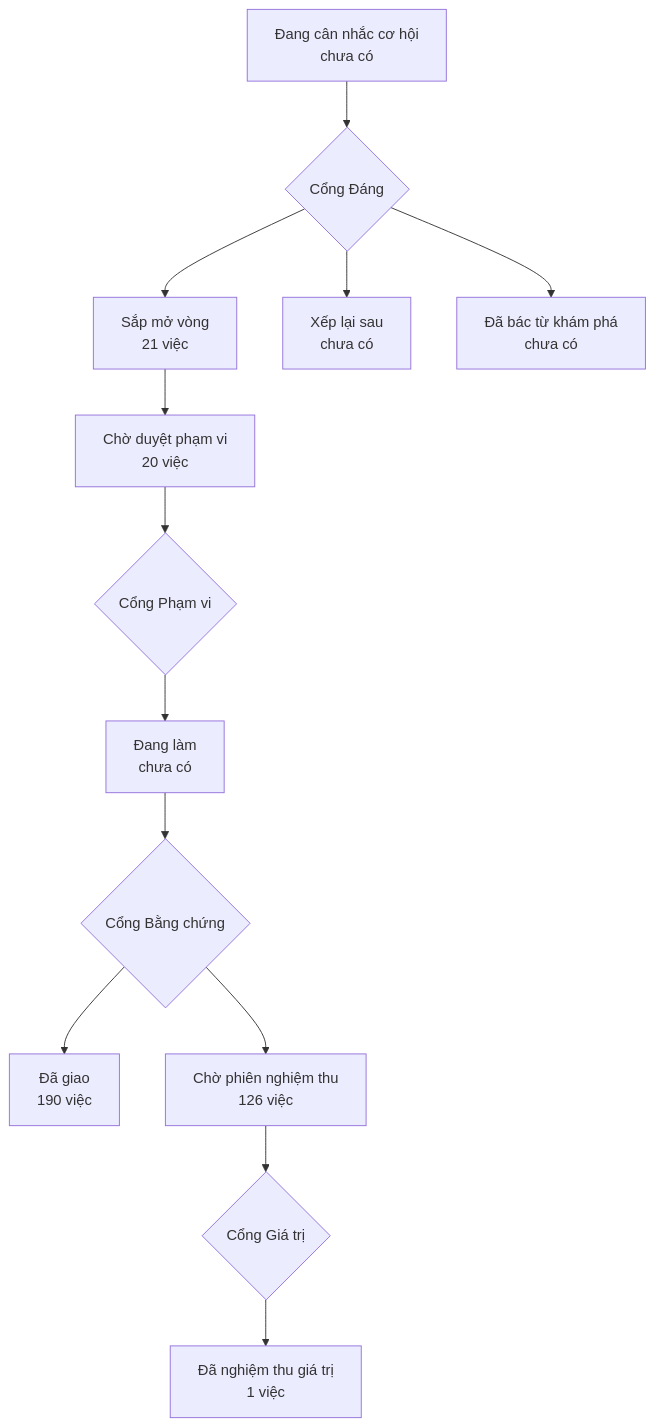
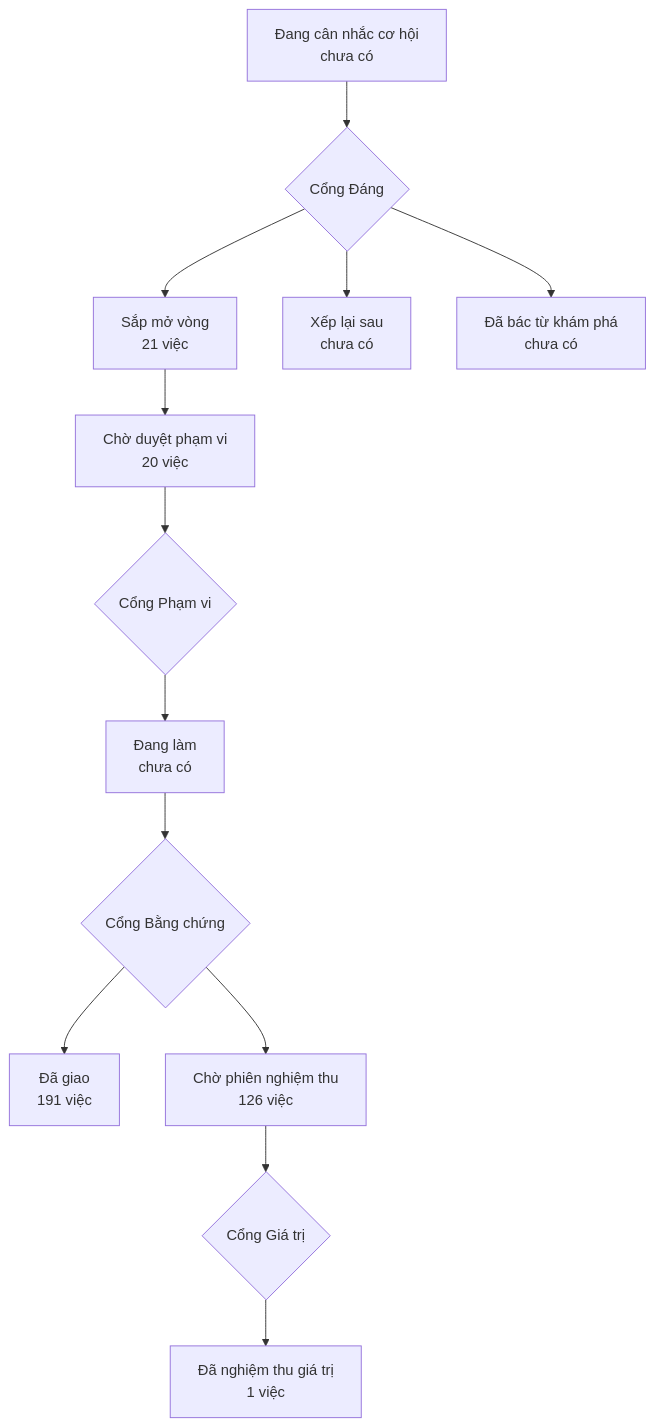
One commit to phanlemanh/onehub-invest changed the diagram in PRODUCT-MAP.md. Above: the diagram before and after it, drawn with Mermaid. The commit also changed other lines of this file and 1 other file, not shown here.

Commit message:
chore: sinh lại bản đồ sản phẩm sau ghim lại bang-hang-gia-m2

````diff
--- a/PRODUCT-MAP.md
+++ b/PRODUCT-MAP.md
@@ -7,12 +7,12 @@
 ```mermaid
 flowchart TD
   A["Đang cân nhắc cơ hội<br/>chưa có"] --> GD{"Cổng Đáng"}
   GD --> B["Sắp mở vòng<br/>21 việc"]
   GD --> XL["Xếp lại sau<br/>chưa có"]
   GD --> DB["Đã bác từ khám phá<br/>chưa có"]
   B --> CD["Chờ duyệt phạm vi<br/>20 việc"] --> GP{"Cổng Phạm vi"}
   GP --> DL["Đang làm<br/>chưa có"] --> GB{"Cổng Bằng chứng"}
-  GB --> DG["Đã giao<br/>190 việc"]
+  GB --> DG["Đã giao<br/>191 việc"]
   GB --> CN["Chờ phiên nghiệm thu<br/>126 việc"] --> GG{"Cổng Giá trị"}
   GG --> NT["Đã nghiệm thu giá trị<br/>1 việc"]
 ```
````
